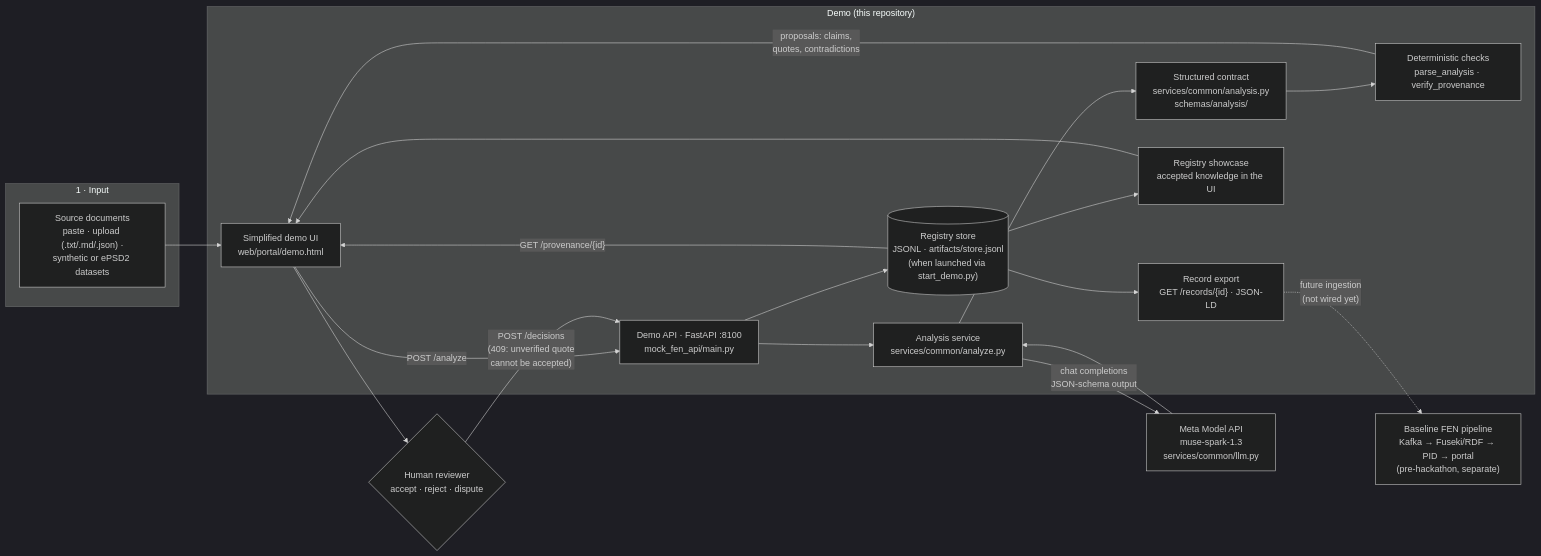
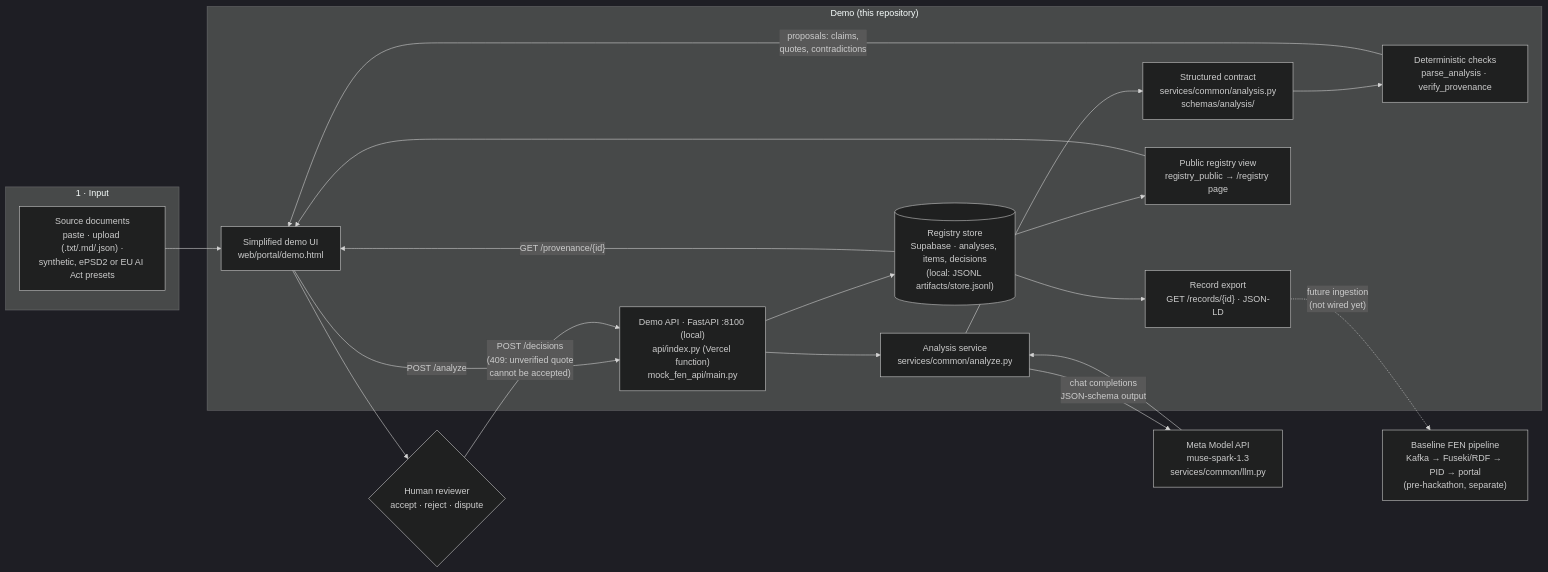
One commit to riznykst/fen-meta-synthesis changed the diagram in README.md. Above: the diagram before and after it, drawn with Mermaid (dark theme). The commit also changed other lines of this file and 2 other files, not shown here.

Commit message:
docs(readme): reconcile the live deployment, datasets and registry with the shipped code

````diff
--- a/README.md
+++ b/README.md
@@ -79,32 +85,32 @@
 ```mermaid
 flowchart LR
     subgraph IN["1 · Input"]
-        DOC["Source documents<br/>paste · upload (.txt/.md/.json) ·<br/>synthetic or ePSD2 datasets"]
+        DOC["Source documents<br/>paste · upload (.txt/.md/.json) ·<br/>synthetic, ePSD2 or EU AI Act presets"]
     end
     subgraph DEMO["Demo (this repository)"]
         UI["Simplified demo UI<br/>web/portal/demo.html"]
-        API["Demo API · FastAPI :8100<br/>mock_fen_api/main.py"]
+        API["Demo API · FastAPI :8100 (local)<br/>api/index.py (Vercel function)<br/>mock_fen_api/main.py"]
         SVC["Analysis service<br/>services/common/analyze.py"]
         CONTRACT["Structured contract<br/>services/common/analysis.py<br/>schemas/analysis/"]
         CHECK["Deterministic checks<br/>parse_analysis · verify_provenance"]
-        STORE[("Registry store<br/>JSONL · artifacts/store.jsonl<br/>(when launched via start_demo.py)")]
+        STORE[("Registry store<br/>Supabase · analyses, items, decisions<br/>(local: JSONL artifacts/store.jsonl)")]
         EXP["Record export<br/>GET /records/{id} · JSON-LD"]
-        REG["Registry showcase<br/>accepted knowledge in the UI"]
+        REG["Public registry view<br/>registry_public → /registry page"]
     end
     META["Meta Model API<br/>muse-spark-1.3<br/>services/common/llm.py"]
     HUMAN{"Human reviewer<br/>accept · reject · dispute"}
     BASE["Baseline FEN pipeline<br/>Kafka → Fuseki/RDF → PID → portal<br/>(pre-hackathon, separate)"]
 
     DOC --> UI
     UI -->|"POST /analyze"| API --> SVC
     SVC -->|"chat completions<br/>JSON-schema output"| META --> SVC
     SVC --> CONTRACT --> CHECK
     CHECK -->|"proposals: claims,<br/>quotes, contradictions"| UI
     UI --> HUMAN
     HUMAN -->|"POST /decisions<br/>(409: unverified quote<br/>cannot be accepted)"| API
     API --> STORE
     STORE --> REG --> UI
     STORE --> EXP
     STORE -->|"GET /provenance/{id}"| UI
     EXP -.->|"future ingestion<br/>(not wired yet)"| BASE
 ```
````
